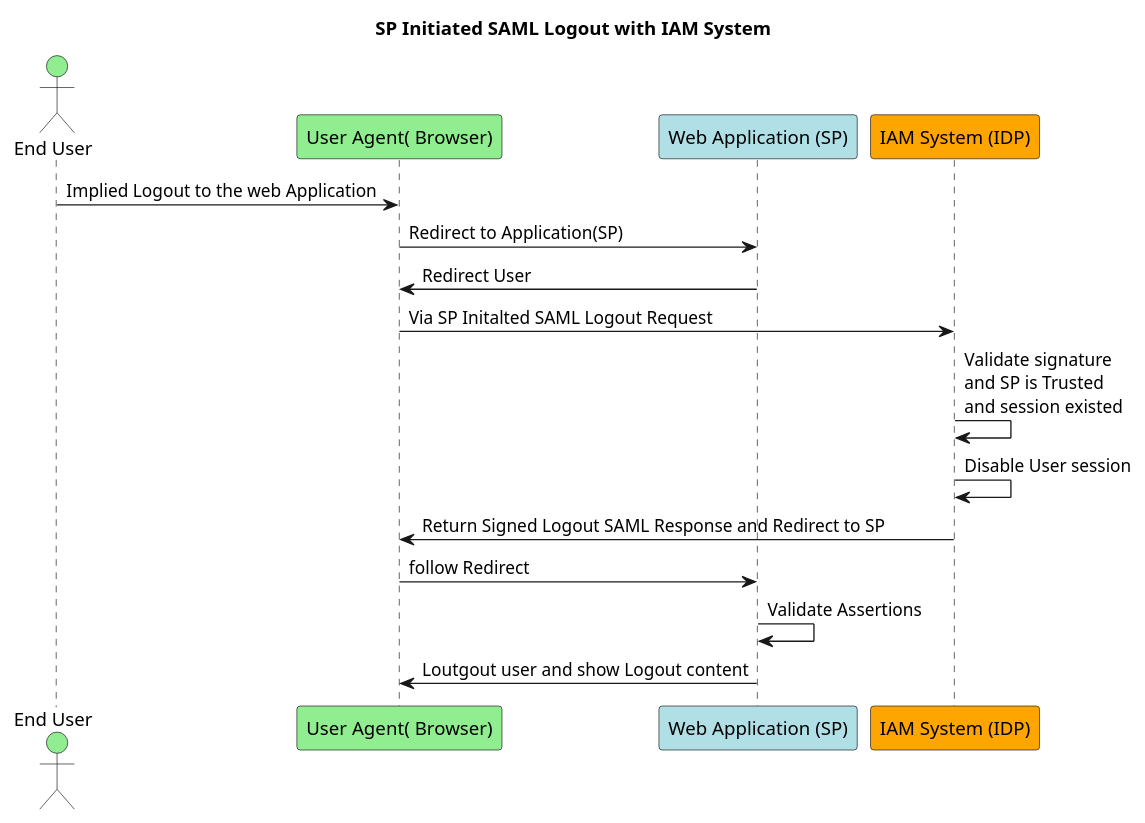
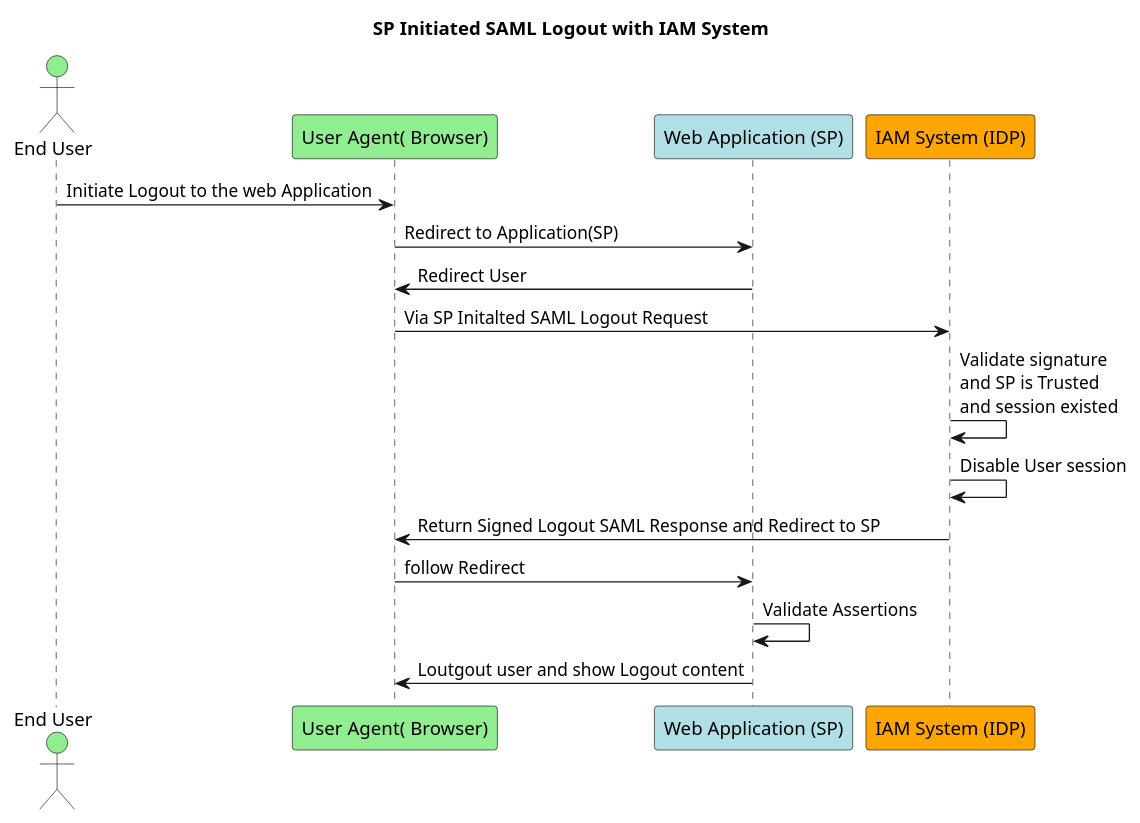
The third of 3 diagrams in source/_posts/SAML-集成介绍.md (lich-wang/nextblog), drawn with PlantUML before and after one commit. The commit also changed other lines of this file, not shown here.

````diff
--- a/source/_posts/SAML-集成介绍.md
+++ b/source/_posts/SAML-集成介绍.md
@@ -85,21 +85,21 @@
 ```plantuml
 @startuml
 title SP Initiated SAML Logout with IAM System
 
 actor "End User" as user#lightgreen
 participant "User Agent( Browser)" as agent#lightgreen
 participant "Web Application (SP)" as sp#powderblue
 participant "IAM System (IDP)" as iam2#orange
 
-user->agent:Implied Logout to the web Application
+user->agent:Initiate Logout to the web Application
 agent->sp:Redirect to Application(SP)
 sp->agent:Redirect User
 agent->iam2:Via SP Initalted SAML Logout Request
 iam2->iam2:Validate signature\nand SP is Trusted\nand session existed
 iam2->iam2:Disable User session 
 iam2->agent:Return Signed Logout SAML Response and Redirect to SP
 agent->sp:follow Redirect
 sp->sp:Validate Assertions
 agent<-sp:Loutgout user and show Logout content
 @enduml
 ```
````
